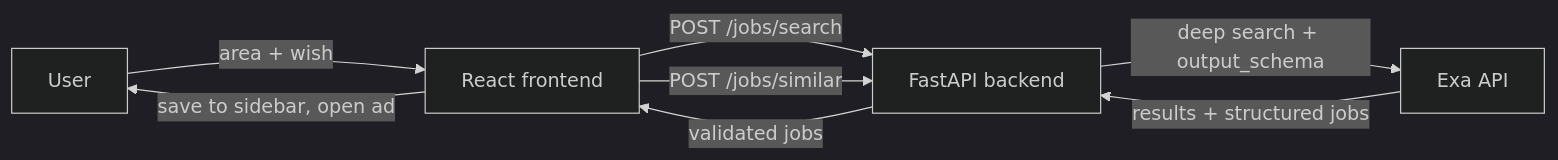
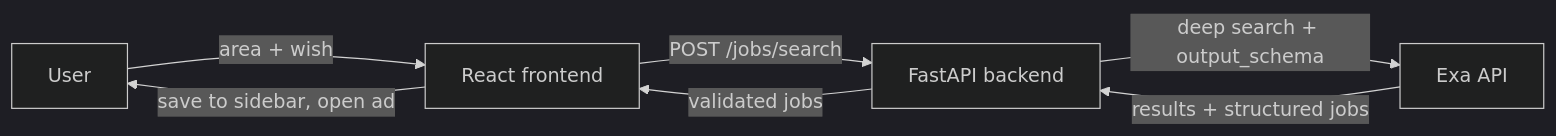
Before and after one commit to OV3ZZz/junction2026: the diagram in docs/ARCHITECTURE.md, drawn with Mermaid (dark theme). The commit also changed other lines of this file and 9 other files, not shown here.

````diff
--- a/docs/ARCHITECTURE.md
+++ b/docs/ARCHITECTURE.md
@@ -7,10 +7,9 @@
 ```mermaid
 flowchart LR
     U[User] -->|area + wish| F[React frontend]
     F -->|POST /jobs/search| B[FastAPI backend]
-    F -->|POST /jobs/similar| B
     B -->|deep search + output_schema| E[Exa API]
     E -->|results + structured jobs| B
     B -->|validated jobs| F
     F -->|save to sidebar, open ad| U
 ```
````
